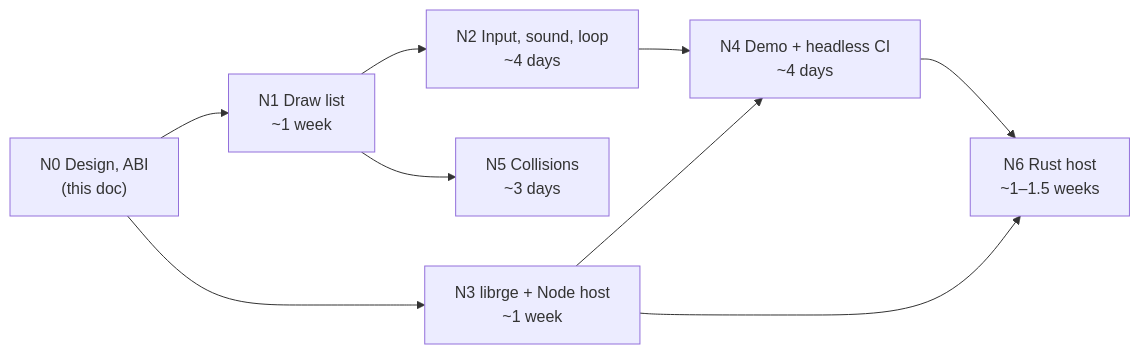
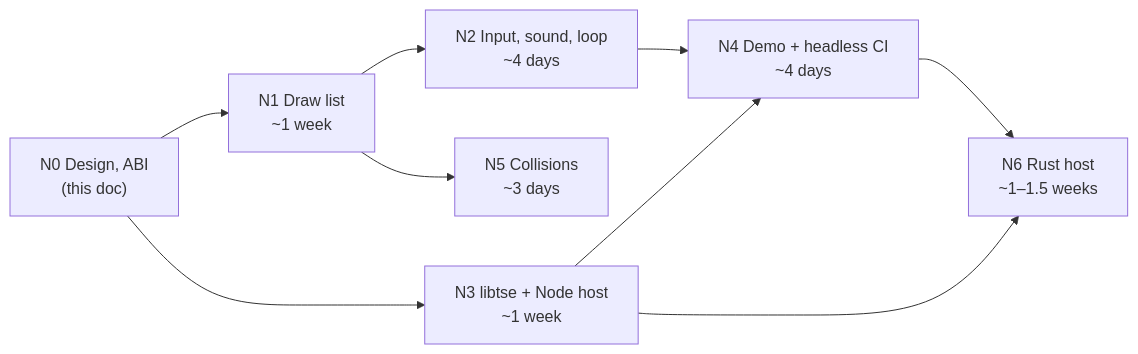
One commit to nengler/react-game-engine changed the diagram in docs/NATIVE_PLAN.md. Above: the diagram before and after it, drawn with Mermaid. The commit also changed other lines of this file and 415 other files, not shown here.

````diff
--- a/docs/NATIVE_PLAN.md
+++ b/docs/NATIVE_PLAN.md
@@ -371,11 +371,11 @@
 ```mermaid
 flowchart LR
   N0["N0 Design, ABI<br/>(this doc)"] --> N1["N1 Draw list<br/>~1 week"]
-  N0 --> N3["N3 librge + Node host<br/>~1 week"]
+  N0 --> N3["N3 libtse + Node host<br/>~1 week"]
   N1 --> N2["N2 Input, sound, loop<br/>~4 days"]
   N2 --> N4["N4 Demo + headless CI<br/>~4 days"]
   N3 --> N4
   N1 --> N5["N5 Collisions<br/>~3 days"]
   N3 --> N6["N6 Rust host<br/>~1–1.5 weeks"]
   N4 --> N6
 ```
````
